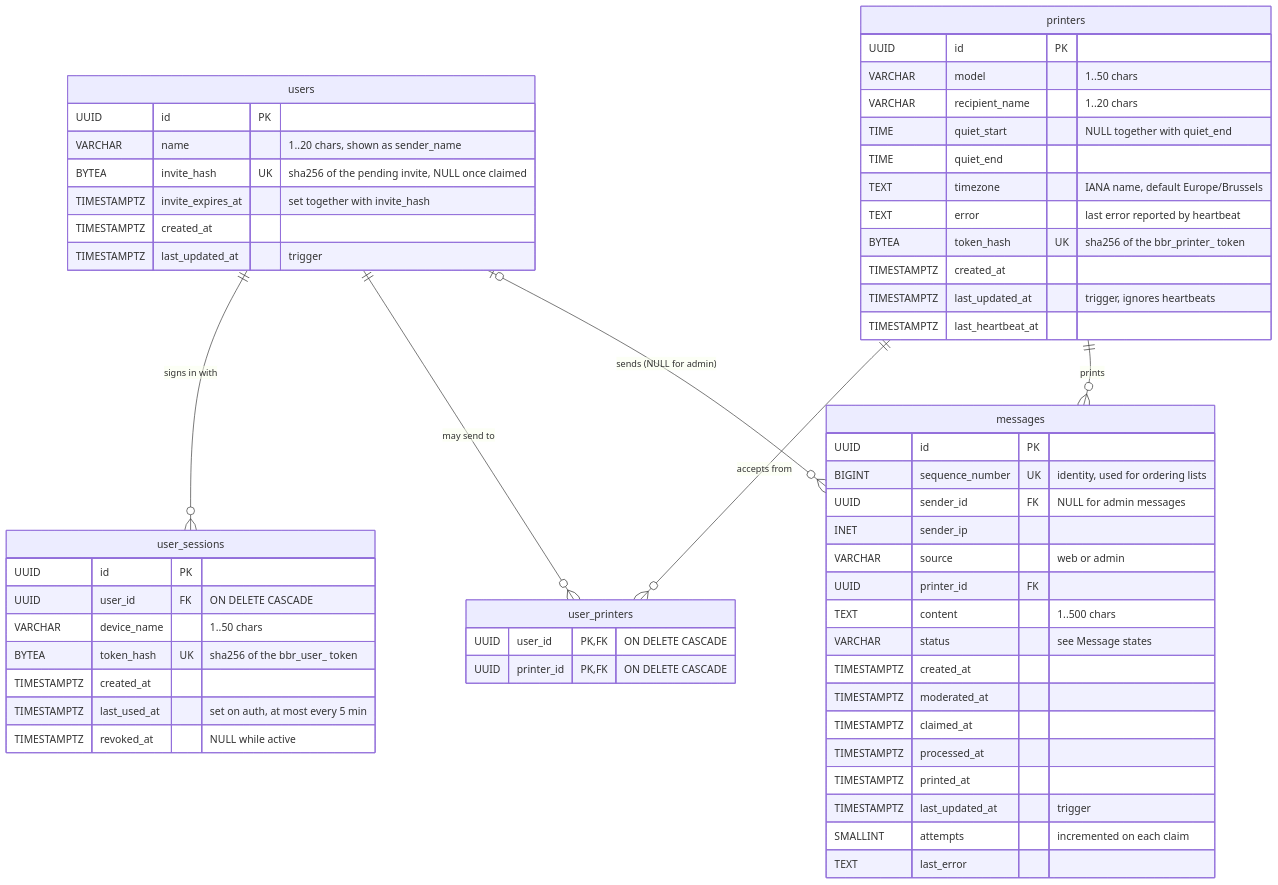
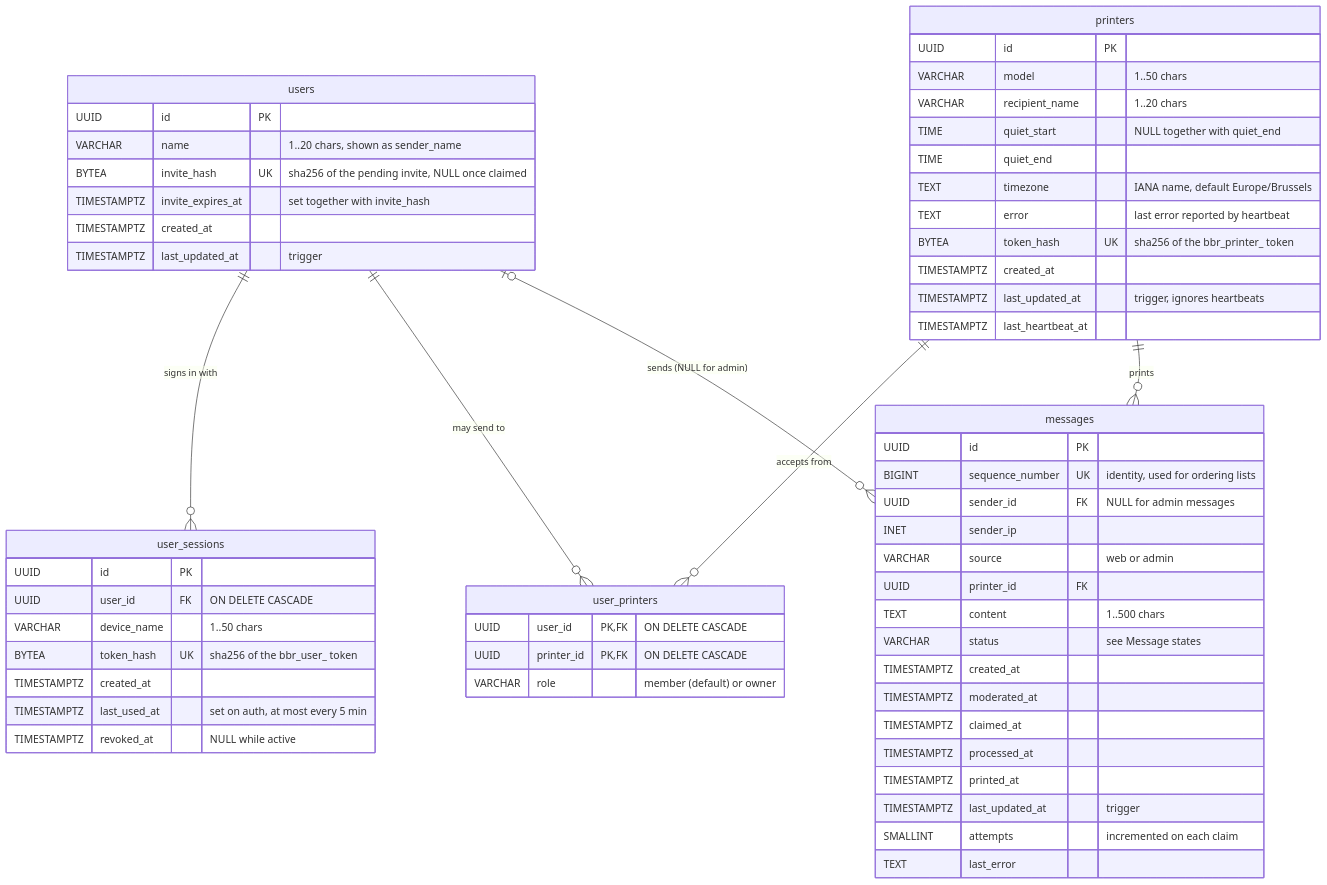
One commit to DamDRAIME/burn-before-reading changed the first of 3 diagrams in server/README.md. Above: the diagram before and after it, drawn with Mermaid. The commit also changed other lines of this file and 13 other files, not shown here.

````diff
--- a/server/README.md
+++ b/server/README.md
@@ -46,61 +64,62 @@
 ```mermaid
 erDiagram
     users ||--o{ user_sessions : "signs in with"
     users ||--o{ user_printers : "may send to"
     printers ||--o{ user_printers : "accepts from"
     printers ||--o{ messages : "prints"
     users |o--o{ messages : "sends (NULL for admin)"
 
     users {
         UUID id PK
         VARCHAR name "1..20 chars, shown as sender_name"
         BYTEA invite_hash UK "sha256 of the pending invite, NULL once claimed"
         TIMESTAMPTZ invite_expires_at "set together with invite_hash"
         TIMESTAMPTZ created_at
         TIMESTAMPTZ last_updated_at "trigger"
     }
     user_sessions {
         UUID id PK
         UUID user_id FK "ON DELETE CASCADE"
         VARCHAR device_name "1..50 chars"
         BYTEA token_hash UK "sha256 of the bbr_user_ token"
         TIMESTAMPTZ created_at
         TIMESTAMPTZ last_used_at "set on auth, at most every 5 min"
         TIMESTAMPTZ revoked_at "NULL while active"
     }
     user_printers {
         UUID user_id PK, FK "ON DELETE CASCADE"
         UUID printer_id PK, FK "ON DELETE CASCADE"
+        VARCHAR role "member (default) or owner"
     }
     printers {
         UUID id PK
         VARCHAR model "1..50 chars"
         VARCHAR recipient_name "1..20 chars"
         TIME quiet_start "NULL together with quiet_end"
         TIME quiet_end
         TEXT timezone "IANA name, default Europe/Brussels"
         TEXT error "last error reported by heartbeat"
         BYTEA token_hash UK "sha256 of the bbr_printer_ token"
         TIMESTAMPTZ created_at
         TIMESTAMPTZ last_updated_at "trigger, ignores heartbeats"
         TIMESTAMPTZ last_heartbeat_at
     }
     messages {
         UUID id PK
         BIGINT sequence_number UK "identity, used for ordering lists"
         UUID sender_id FK "NULL for admin messages"
         INET sender_ip
         VARCHAR source "web or admin"
         UUID printer_id FK
         TEXT content "1..500 chars"
         VARCHAR status "see Message states"
         TIMESTAMPTZ created_at
         TIMESTAMPTZ moderated_at
         TIMESTAMPTZ claimed_at
         TIMESTAMPTZ processed_at
         TIMESTAMPTZ printed_at
         TIMESTAMPTZ last_updated_at "trigger"
         SMALLINT attempts "incremented on each claim"
         TEXT last_error
     }
 ```
````
